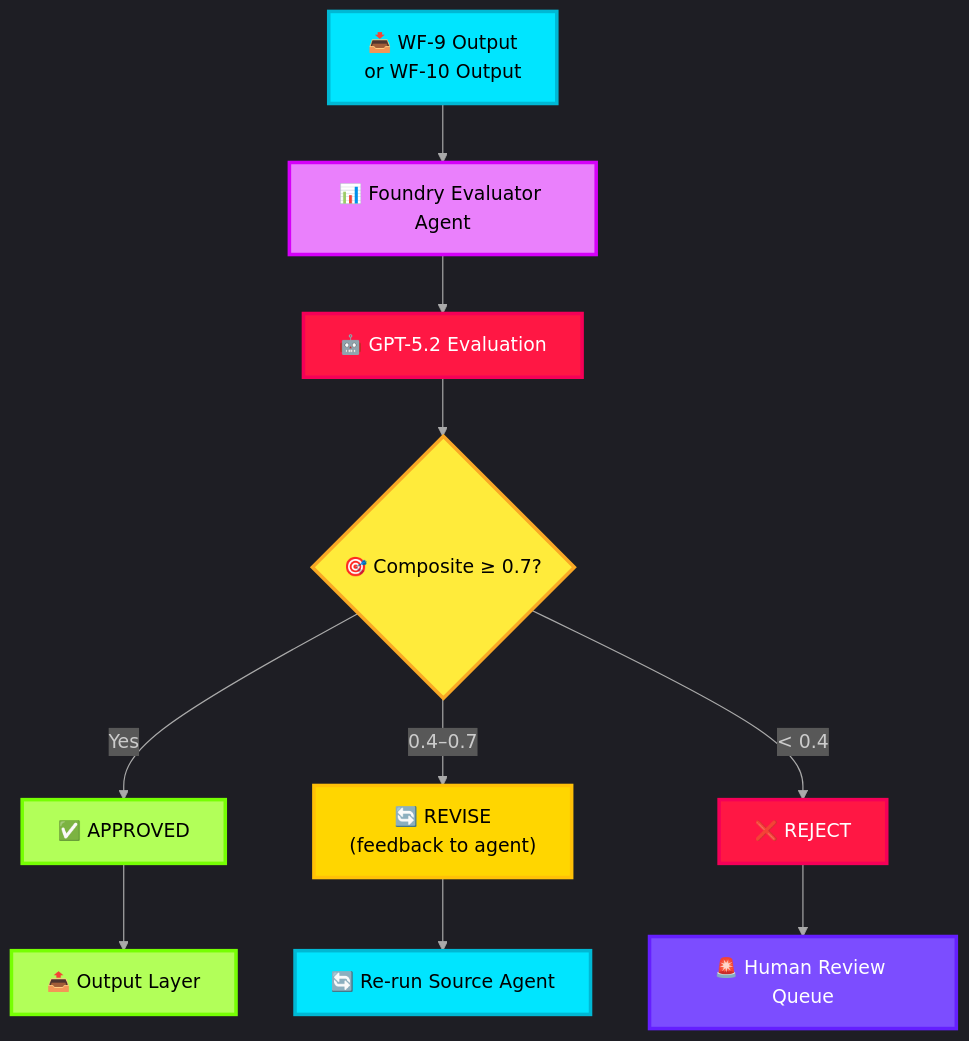
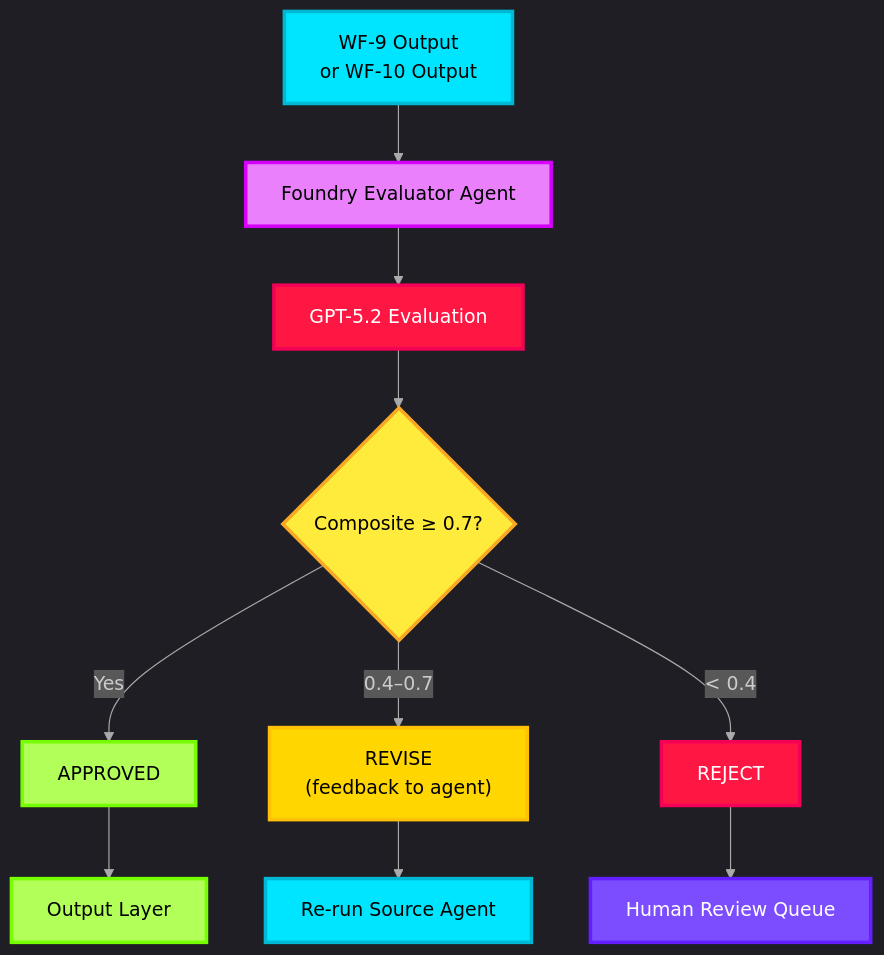
The diagram in docs/10-evaluator.md (thanhauco/agentic-ai-icm-system), drawn with Mermaid before and after one commit. The commit also changed 1 other file, not shown here.

Commit message:
docs: Add initial documentation for all major system components of the agentic AI ICM system.

````diff
--- a/docs/10-evaluator.md
+++ b/docs/10-evaluator.md
@@ -9,24 +9,24 @@
 ```mermaid
 %%{init: {'theme': 'dark', 'themeVariables': {'lineColor': '#AAAAAA'}}}%%
 graph TD
-    A["📥 WF-9 Output<br>or WF-10 Output"] --> B["📊 Foundry Evaluator Agent"]
-    B --> C["🤖 GPT-5.2 Evaluation"]
-    C --> D{"🎯 Composite ≥ 0.7?"}
-    D -->|Yes| E["✅ APPROVED"]
-    D -->|0.4–0.7| F["🔄 REVISE<br>(feedback to agent)"]
-    D -->|< 0.4| G["❌ REJECT"]
-    E --> H["📤 Output Layer"]
-    F --> I["🔄 Re-run Source Agent"]
-    G --> J["🚨 Human Review Queue"]
+ A["WF-9 Output<br>or WF-10 Output"] --> B["Foundry Evaluator Agent"]
+ B --> C["GPT-5.2 Evaluation"]
+ C --> D{"Composite ≥ 0.7?"}
+ D -->|Yes| E["APPROVED"]
+ D -->|0.4–0.7| F["REVISE<br>(feedback to agent)"]
+ D -->|< 0.4| G["REJECT"]
+ E --> H["Output Layer"]
+ F --> I["Re-run Source Agent"]
+ G --> J["Human Review Queue"]
 
-    style A fill:#00E5FF,stroke:#00B8D4,stroke-width:3px,color:#000
-    style B fill:#EA80FC,stroke:#D500F9,stroke-width:3px,color:#000
-    style C fill:#FF1744,stroke:#F50057,stroke-width:3px,color:#fff
-    style D fill:#FFEB3B,stroke:#F9A825,stroke-width:3px,color:#000
-    style E fill:#B2FF59,stroke:#76FF03,stroke-width:3px,color:#000
-    style F fill:#FFD600,stroke:#FFC107,stroke-width:3px,color:#000
-    style G fill:#FF1744,stroke:#F50057,stroke-width:3px,color:#fff
-    style H fill:#B2FF59,stroke:#76FF03,stroke-width:3px,color:#000
-    style I fill:#00E5FF,stroke:#00B8D4,stroke-width:3px,color:#000
-    style J fill:#7C4DFF,stroke:#651FFF,stroke-width:3px,color:#fff
+ style A fill:#00E5FF,stroke:#00B8D4,stroke-width:3px,color:#000
+ style B fill:#EA80FC,stroke:#D500F9,stroke-width:3px,color:#000
+ style C fill:#FF1744,stroke:#F50057,stroke-width:3px,color:#fff
+ style D fill:#FFEB3B,stroke:#F9A825,stroke-width:3px,color:#000
+ style E fill:#B2FF59,stroke:#76FF03,stroke-width:3px,color:#000
+ style F fill:#FFD600,stroke:#FFC107,stroke-width:3px,color:#000
+ style G fill:#FF1744,stroke:#F50057,stroke-width:3px,color:#fff
+ style H fill:#B2FF59,stroke:#76FF03,stroke-width:3px,color:#000
+ style I fill:#00E5FF,stroke:#00B8D4,stroke-width:3px,color:#000
+ style J fill:#7C4DFF,stroke:#651FFF,stroke-width:3px,color:#fff
 ```
````
